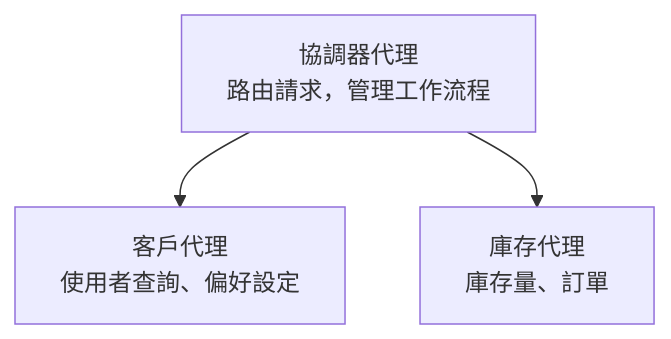
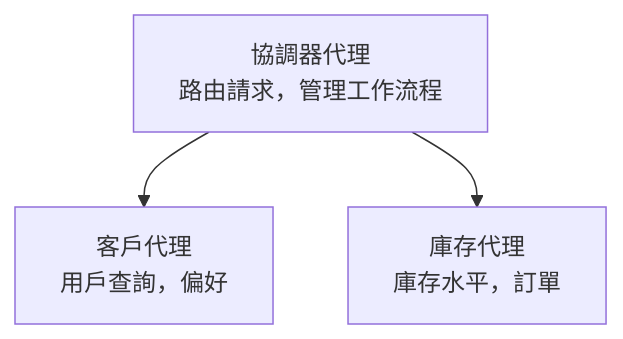
One commit to microsoft/AZD-for-beginners changed the diagram in translations/zh-MO/docs/chapter-05-multi-agent/README.md. Above: the diagram before and after it, drawn with Mermaid. The commit also changed other lines of this file and 101 other files, not shown here.

````diff
--- a/translations/zh-MO/docs/chapter-05-multi-agent/README.md
+++ b/translations/zh-MO/docs/chapter-05-multi-agent/README.md
@@ -50,5 +52,5 @@
 ```mermaid
 graph TD
-    Orchestrator[協調器代理<br/>路由請求，管理工作流程] --> Customer[客戶代理<br/>使用者查詢、偏好設定]
-    Orchestrator --> Inventory[庫存代理<br/>庫存量、訂單]
+    Orchestrator[協調器代理<br/>路由請求，管理工作流程] --> Customer[客戶代理<br/>用戶查詢，偏好]
+    Orchestrator --> Inventory[庫存代理<br/>庫存水平，訂單]
 ```
````
